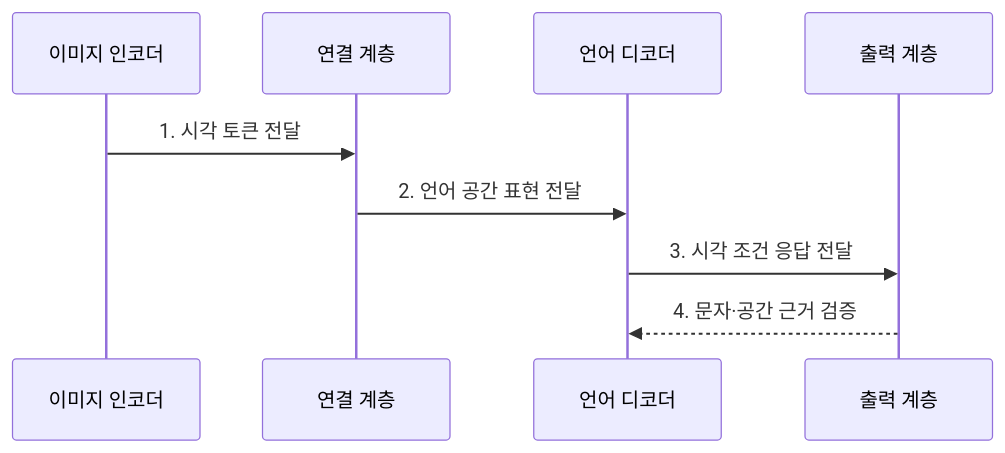
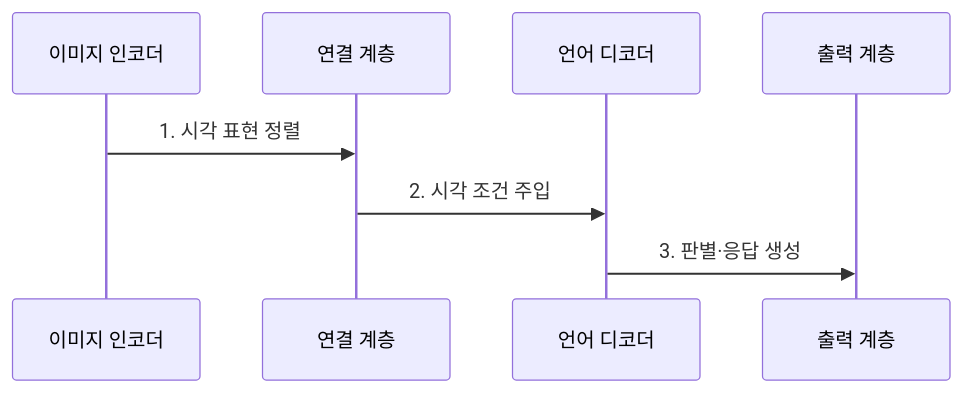
Before and after one commit to agnusdei1207/knowledge-base: the second of 2 diagrams in src/content/docs/notes/08-latest-tech/088_vision_language_model.md, drawn with Mermaid. The commit also changed other lines of this file and 225 other files, not shown here.

````diff
--- a/src/content/docs/notes/08-latest-tech/088_vision_language_model.md
+++ b/src/content/docs/notes/08-latest-tech/088_vision_language_model.md
@@ -79,11 +79,10 @@
 ```mermaid
 sequenceDiagram
     participant I as 이미지 인코더
     participant C as 연결 계층
     participant L as 언어 디코더
     participant O as 출력 계층
-    I->>C: 1. 시각 토큰 전달
-    C->>L: 2. 언어 공간 표현 전달
-    L->>O: 3. 시각 조건 응답 전달
-    O-->>L: 4. 문자·공간 근거 검증
+    I->>C: 1. 시각 표현 정렬
+    C->>L: 2. 시각 조건 주입
+    L->>O: 3. 판별·응답 생성
 ```
````
